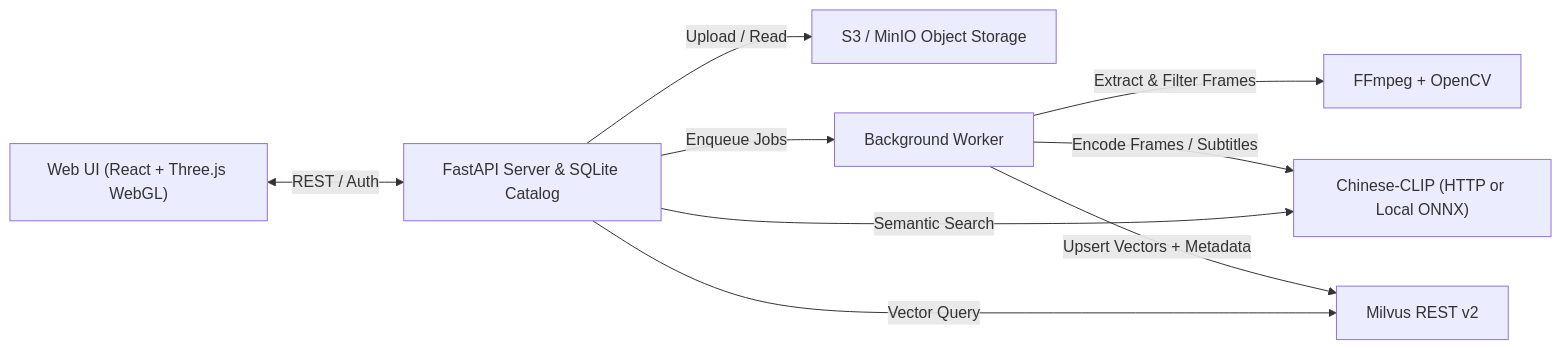
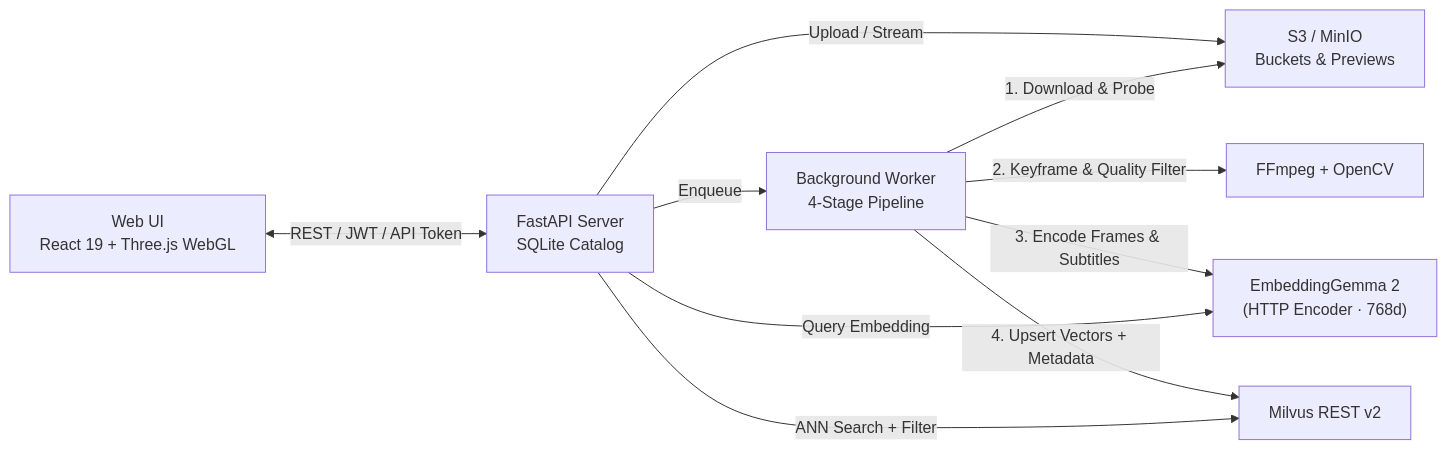
Before and after one commit to Chillwinner/Cinevec: the diagram in README.md, drawn with Mermaid. The commit also changed other lines of this file and 3 other files, not shown here.

Commit message:
docs: upgrade README with EmbeddingGemma 2 architecture and dual 3D Cinema showcases

````diff
--- a/README.md
+++ b/README.md
@@ -59,11 +96,12 @@
 ```mermaid
 flowchart LR
-    UI["Web UI (React + Three.js WebGL)"] <-->|REST / Auth| API["FastAPI Server & SQLite Catalog"]
-    API -->|Upload / Read| S3["S3 / MinIO Object Storage"]
-    API -->|Enqueue Jobs| W["Background Worker"]
-    W -->|Extract & Filter Frames| FF["FFmpeg + OpenCV"]
-    W -->|Encode Frames / Subtitles| CLIP["Chinese-CLIP (HTTP or Local ONNX)"]
-    W -->|Upsert Vectors + Metadata| MV["Milvus REST v2"]
-    API -->|Semantic Search| CLIP
-    API -->|Vector Query| MV
+    UI["Web UI<br/>React 19 + Three.js WebGL"] <-->|REST / JWT / API Token| API["FastAPI Server<br/>SQLite Catalog"]
+    API -->|Upload / Stream| S3["S3 / MinIO<br/>Buckets & Previews"]
+    API -->|Enqueue| W["Background Worker<br/>4-Stage Pipeline"]
+    W -->|1. Download & Probe| S3
+    W -->|2. Keyframe & Quality Filter| FF["FFmpeg + OpenCV"]
+    W -->|3. Encode Frames & Subtitles| GEMMA["EmbeddingGemma 2<br/>(HTTP Encoder · 768d)"]
+    W -->|4. Upsert Vectors + Metadata| MV["Milvus REST v2"]
+    API -->|Query Embedding| GEMMA
+    API -->|ANN Search + Filter| MV
 ```
````
